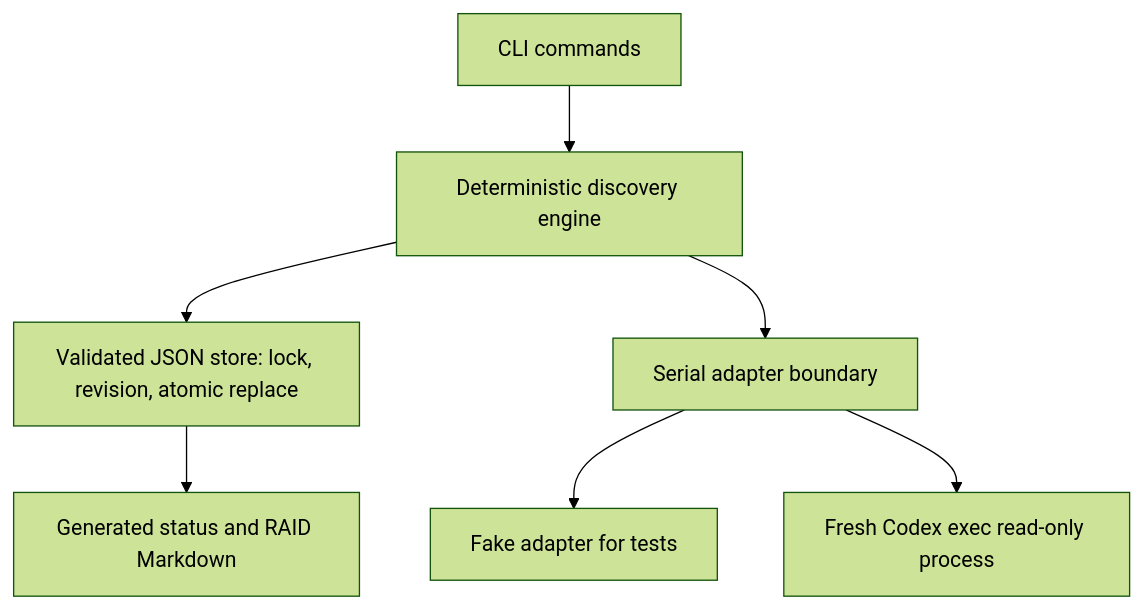
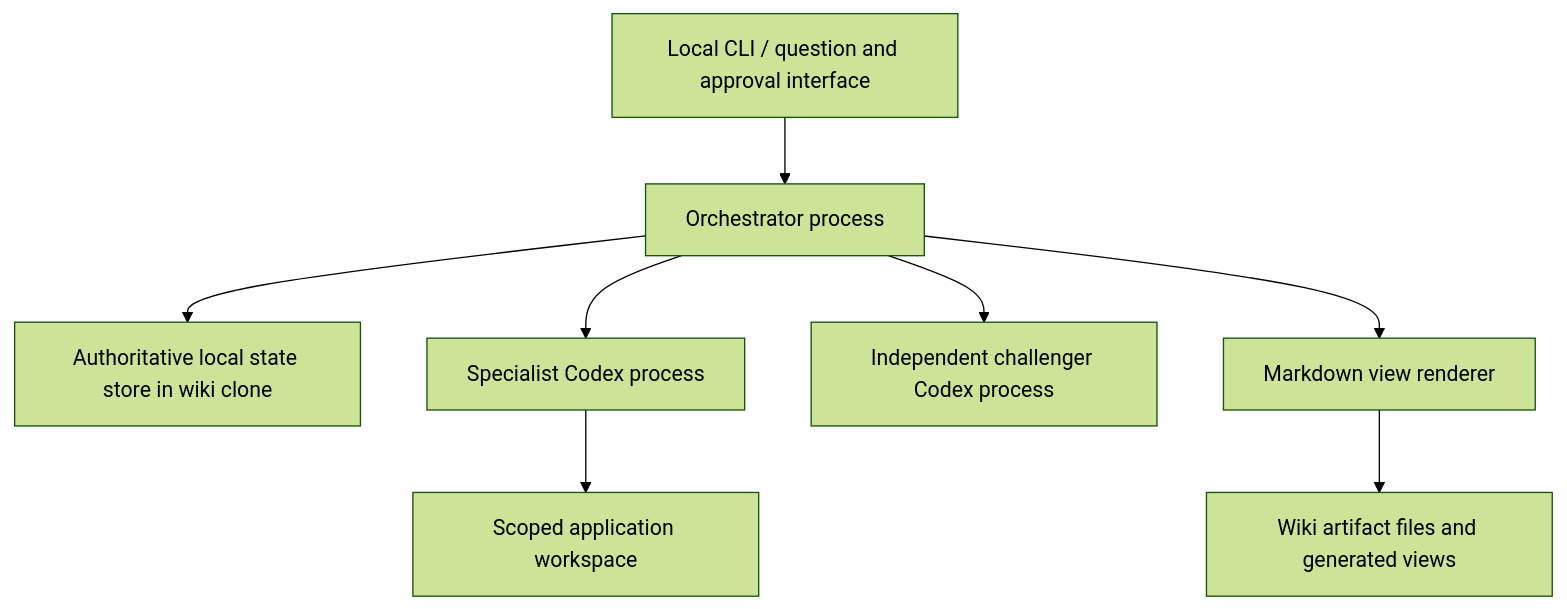
The fourth of 6 diagrams in planning/architecture.md (saecurrry/asdlc), drawn with Mermaid (forest theme) before and after one commit. The commit also changed other lines of this file and 40 other files, not shown here.

Commit message:
Implement serial SDLC orchestration and scoped product delivery

````diff
--- a/planning/architecture.md
+++ b/planning/architecture.md
@@ -13,9 +112,10 @@
 ```mermaid
 flowchart TD
-  CLI[CLI commands] --> E[Deterministic discovery engine]
-  E --> S[Validated JSON store: lock, revision, atomic replace]
-  S --> V[Generated status and RAID Markdown]
-  E --> A[Serial adapter boundary]
-  A --> F[Fake adapter for tests]
-  A --> C[Fresh Codex exec read-only process]
+  UI[Local CLI / question and approval interface] --> OR[Orchestrator process]
+  OR --> ST[Authoritative local state store in wiki clone]
+  OR --> WK[Specialist Codex process]
+  OR --> RV[Independent challenger Codex process]
+  OR --> VW[Markdown view renderer]
+  VW --> MD[Wiki artifact files and generated views]
+  WK --> APP[Scoped application workspace]
 ```
````
